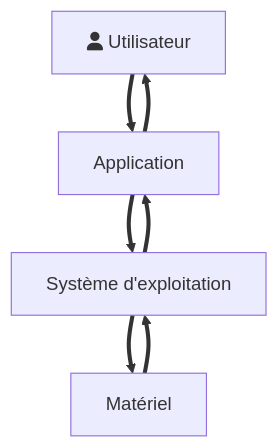
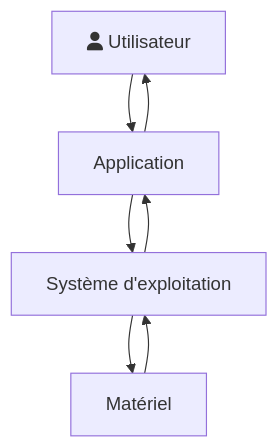
One commit to boddaert/nsi changed the diagram in première/Architecture_des_machines/Systèmes_d_exploitation.md. Above: the diagram before and after it, drawn with Mermaid.

````diff
--- a/première/Architecture_des_machines/Systèmes_d_exploitation.md
+++ b/première/Architecture_des_machines/Systèmes_d_exploitation.md
@@ -9,13 +9,13 @@
 ```mermaid
 flowchart TD
-    A["fas:fa-user Utilisateur"]
+    A["fa:fa-user Utilisateur"]
     B[Application]
     C[Système d'exploitation]
     D[Matériel]
-    A ==> B
-    B ==> A
-    B ==> C
-    C ==> B
-    C ==> D
-    D ==> C
+    A --> B
+    B --> A
+    B --> C
+    C --> B
+    C --> D
+    D --> C
 ```
````
